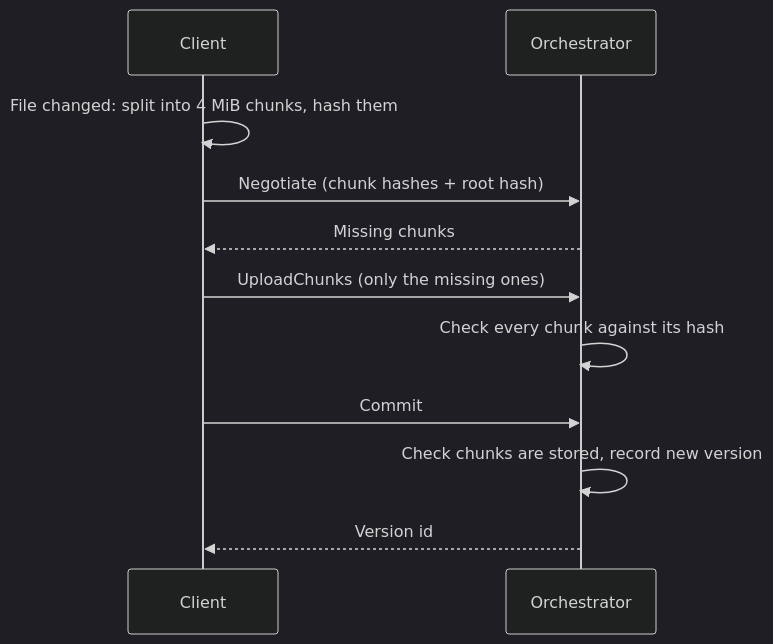
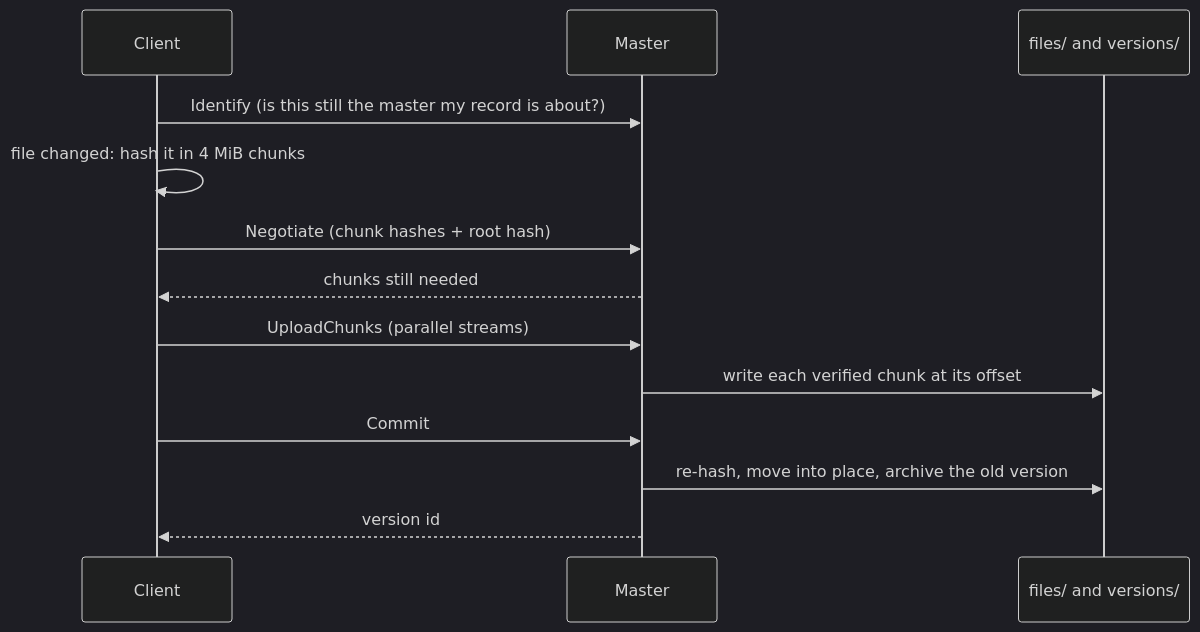
The second of 2 diagrams in docs/overview.md (jameelhamdan/fafnirx), drawn with Mermaid (dark theme) before and after one commit. The commit also changed other lines of this file and 221 other files, not shown here.

````diff
--- a/docs/overview.md
+++ b/docs/overview.md
@@ -35,13 +28,15 @@
 ```mermaid
 sequenceDiagram
     participant C as Client
-    participant O as Orchestrator
-    C->>C: File changed: split into 4 MiB chunks, hash them
-    C->>O: Negotiate (chunk hashes + root hash)
-    O-->>C: Missing chunks
-    C->>O: UploadChunks (only the missing ones)
-    O->>O: Check every chunk against its hash
-    C->>O: Commit
-    O->>O: Check chunks are stored, record new version
-    O-->>C: Version id
+    participant M as Master
+    participant FS as files/ and versions/
+    C->>M: Identify (is this still the master my record is about?)
+    C->>C: file changed: hash it in 4 MiB chunks
+    C->>M: Negotiate (chunk hashes + root hash)
+    M-->>C: chunks still needed
+    C->>M: UploadChunks (parallel streams)
+    M->>FS: write each verified chunk at its offset
+    C->>M: Commit
+    M->>FS: re-hash, move into place, archive the old version
+    M-->>C: version id
 ```
````
